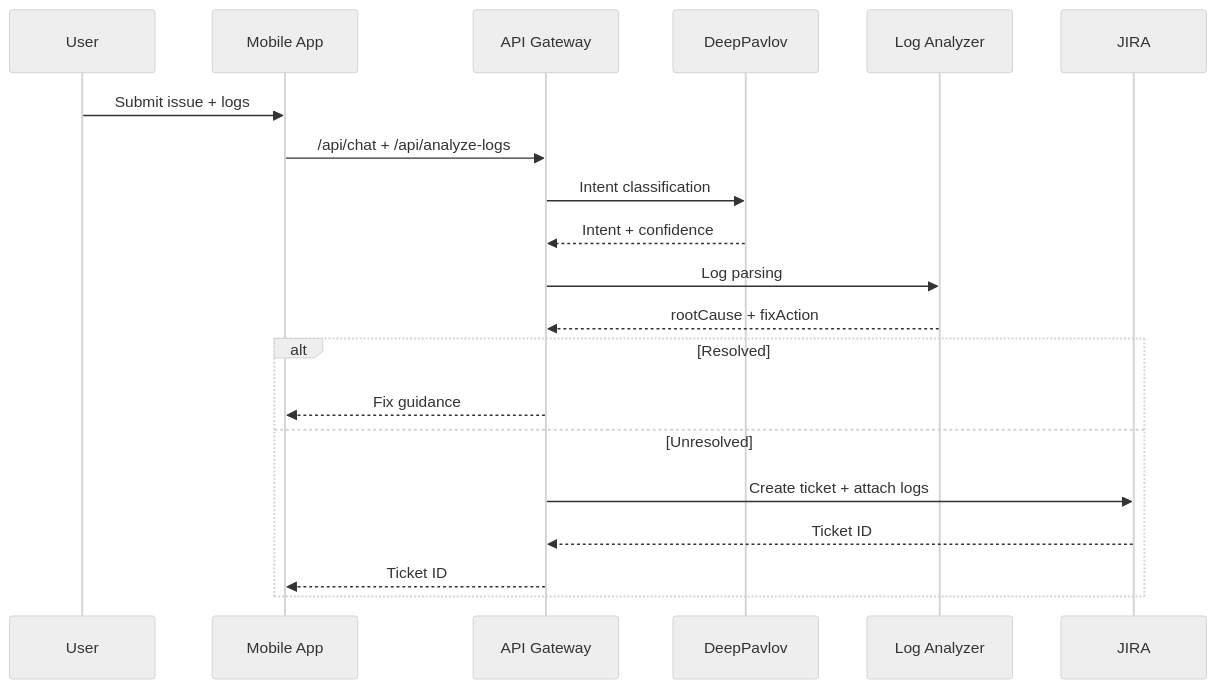
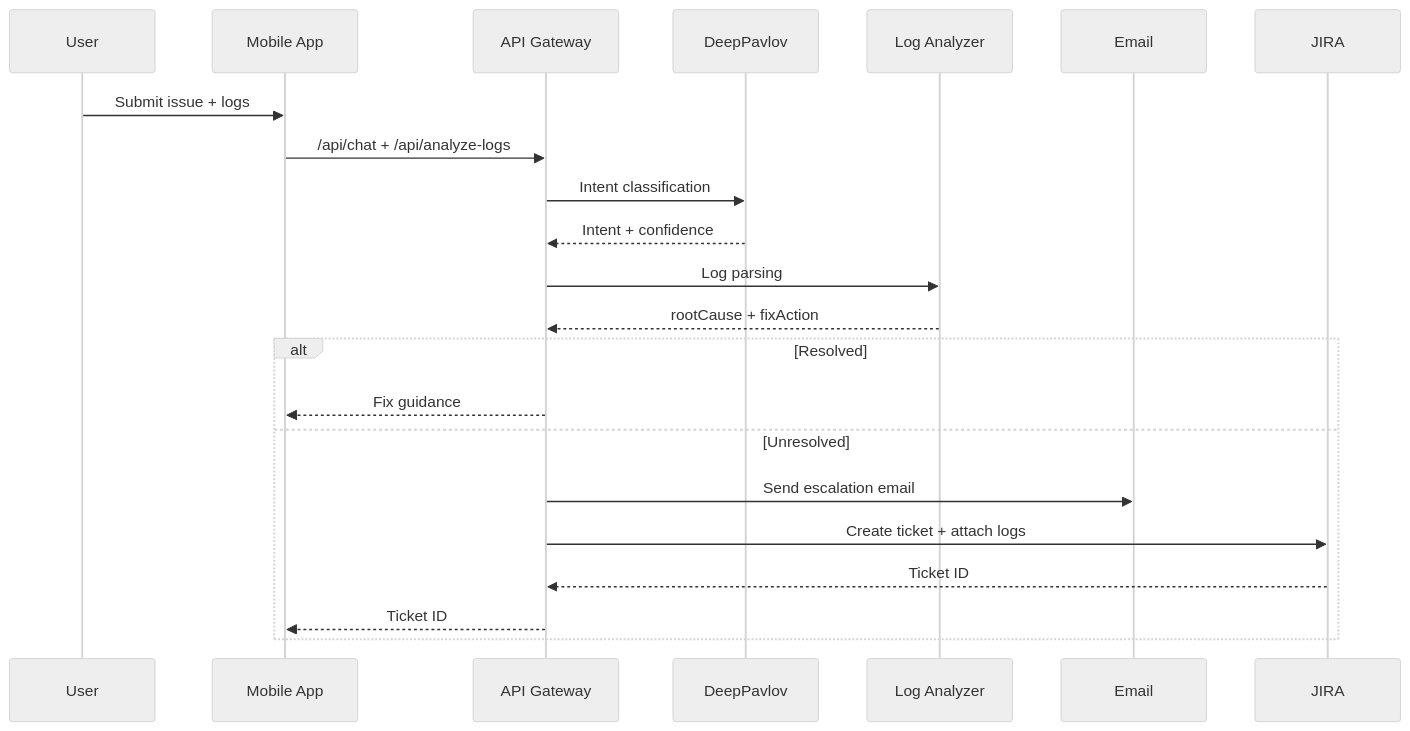
The third of 3 diagrams in docs/ARCHITECTURE.md (winitramesh2/AegisAgent), drawn with Mermaid (neutral theme) before and after one commit. The commit also changed other lines of this file and 4 other files, not shown here.

````diff
--- a/docs/ARCHITECTURE.md
+++ b/docs/ARCHITECTURE.md
@@ -46,23 +47,25 @@
 ```mermaid
 sequenceDiagram
   participant U as User
   participant M as Mobile App
   participant A as API Gateway
   participant D as DeepPavlov
   participant L as Log Analyzer
+  participant E as Email
   participant J as JIRA
 
   U->>M: Submit issue + logs
   M->>A: /api/chat + /api/analyze-logs
   A->>D: Intent classification
   D-->>A: Intent + confidence
   A->>L: Log parsing
   L-->>A: rootCause + fixAction
   alt Resolved
     A-->>M: Fix guidance
   else Unresolved
+    A->>E: Send escalation email
     A->>J: Create ticket + attach logs
     J-->>A: Ticket ID
     A-->>M: Ticket ID
   end
 ```
````
